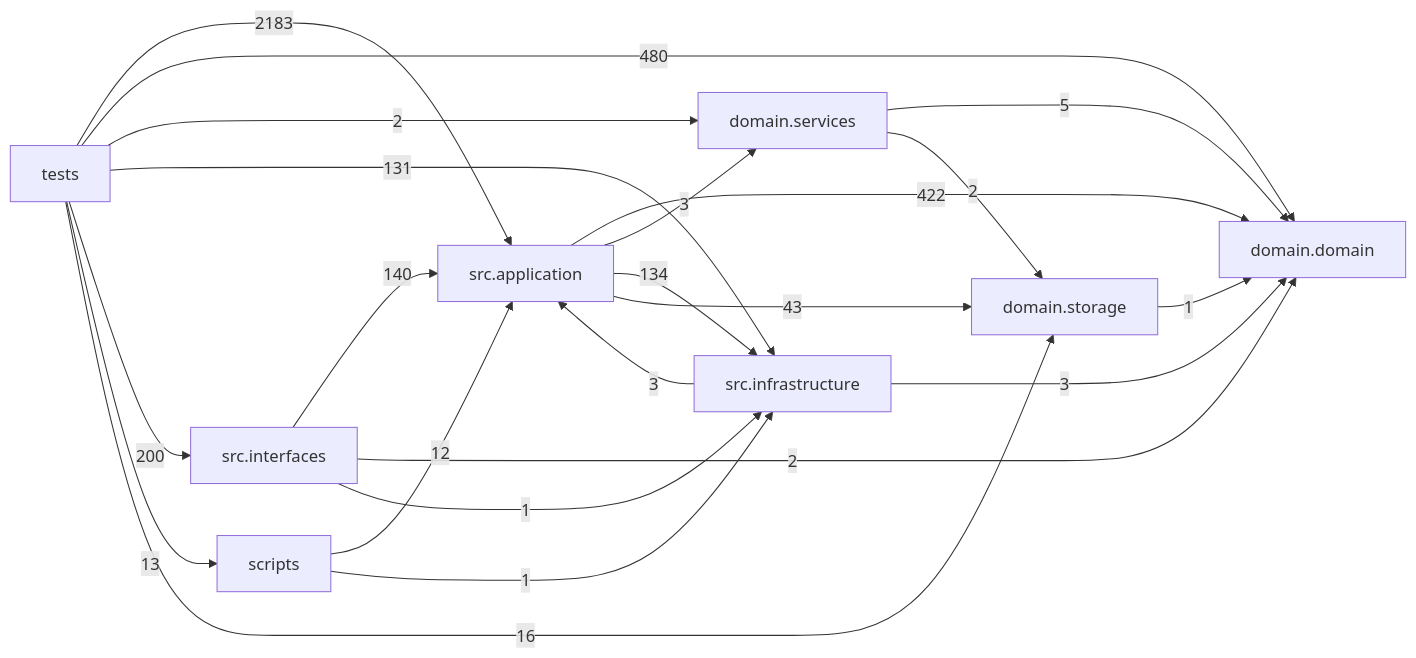
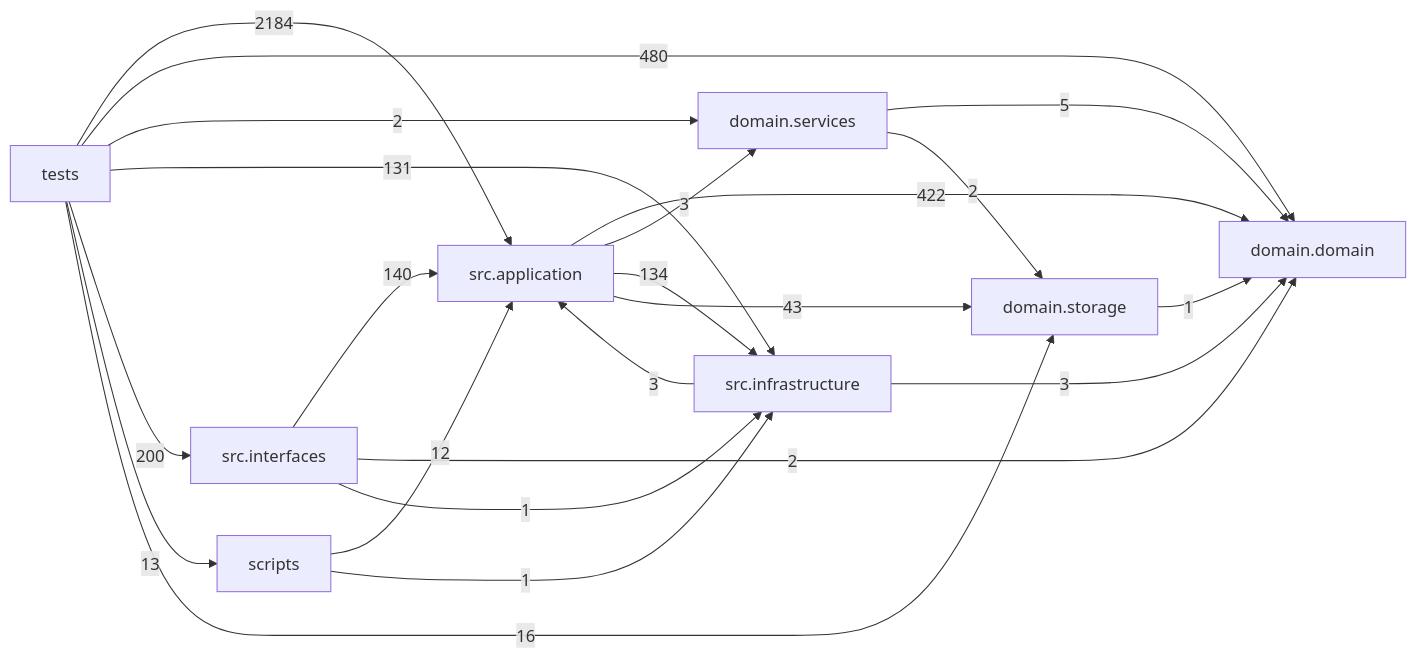
Before and after one commit to liuxie066/options-monitor: the diagram in docs/DEPENDENCY_GRAPH.md, drawn with Mermaid. The commit also changed other lines of this file and 4 other files, not shown here.

````diff
--- a/docs/DEPENDENCY_GRAPH.md
+++ b/docs/DEPENDENCY_GRAPH.md
@@ -24,32 +24,32 @@
 ```mermaid
 flowchart LR
   tests["tests"]
   scripts["scripts"]
   interfaces["src.interfaces"]
   application["src.application"]
   infrastructure["src.infrastructure"]
   domain_services["domain.services"]
   domain["domain.domain"]
   storage["domain.storage"]
   application -->|422| domain
   application -->|3| domain_services
   application -->|134| infrastructure
   application -->|43| storage
   domain_services -->|5| domain
   domain_services -->|2| storage
   infrastructure -->|3| application
   infrastructure -->|3| domain
   interfaces -->|140| application
   interfaces -->|2| domain
   interfaces -->|1| infrastructure
   scripts -->|12| application
   scripts -->|1| infrastructure
   storage -->|1| domain
-  tests -->|2183| application
+  tests -->|2184| application
   tests -->|480| domain
   tests -->|2| domain_services
   tests -->|131| infrastructure
   tests -->|200| interfaces
   tests -->|13| scripts
   tests -->|16| storage
 ```
````
